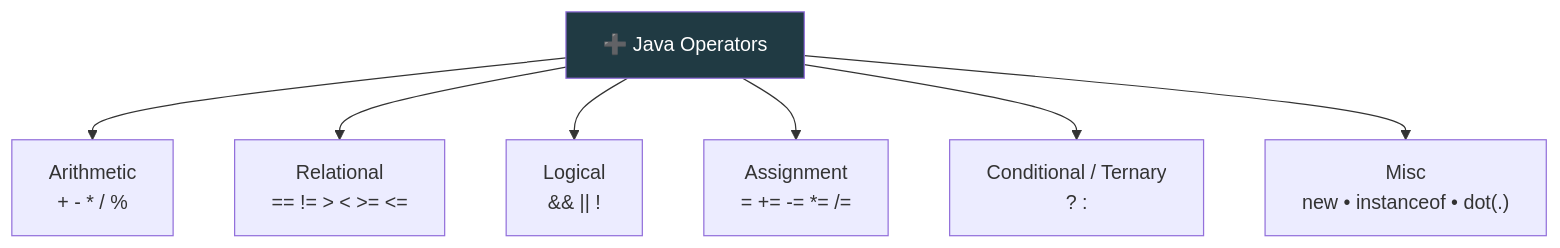
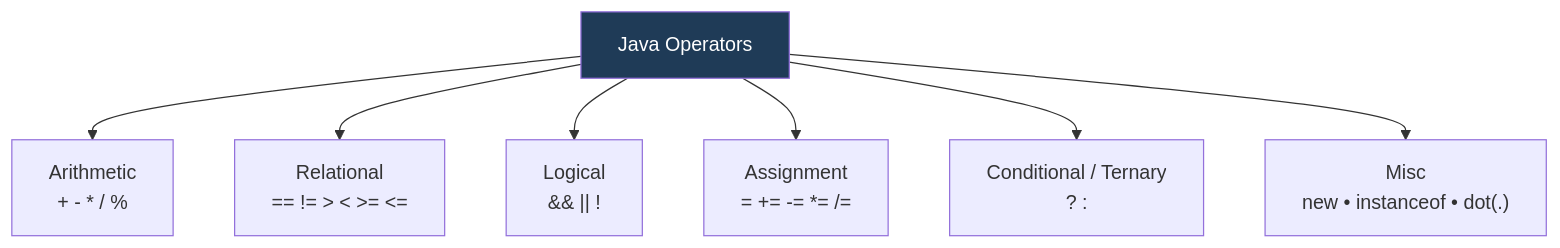
Before and after one commit to kundankumarsharma56/Leaning-Java: the first of 3 diagrams in src/Theory/03-Operators-and-Control-Statements/01-Operators.md, drawn with Mermaid. The commit also changed other lines of this file and 84 other files, not shown here.

````diff
--- a/src/Theory/03-Operators-and-Control-Statements/01-Operators.md
+++ b/src/Theory/03-Operators-and-Control-Statements/01-Operators.md
@@ -21,10 +21,10 @@
 ```mermaid
 flowchart TD
-    O["➕ Java Operators"] --> A["Arithmetic<br/>+ - * / %"]
+    O["Java Operators"] --> A["Arithmetic<br/>+ - * / %"]
     O --> R["Relational<br/>== != > < >= <="]
     O --> L["Logical<br/>&& || !"]
     O --> AS["Assignment<br/>= += -= *= /="]
     O --> C["Conditional / Ternary<br/>? :"]
     O --> M["Misc<br/>new • instanceof • dot(.)"]
-    style O fill:#203a43,color:#fff
+    style O fill:#1f3b57,color:#fff
 ```
````
